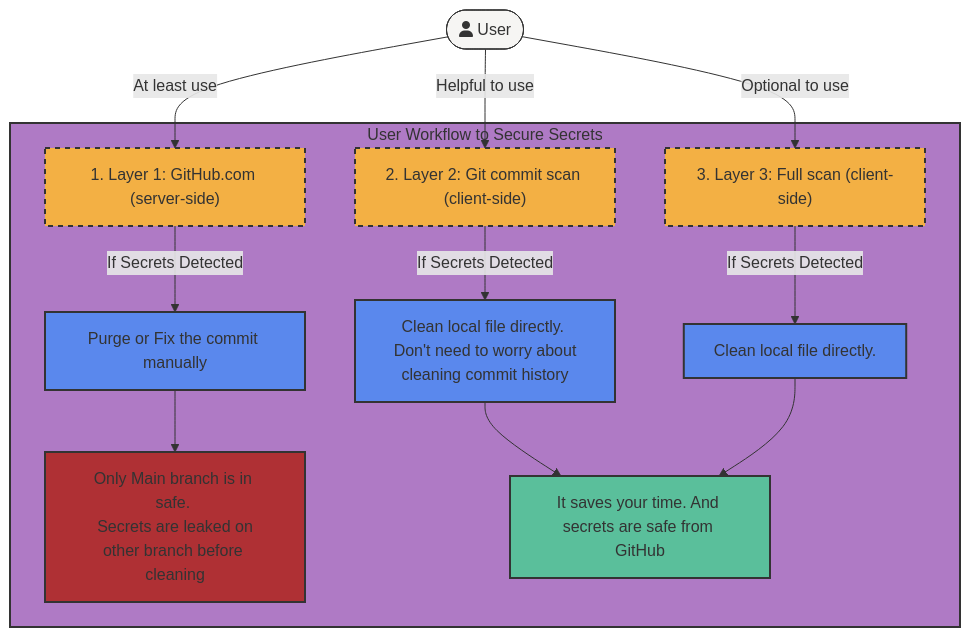
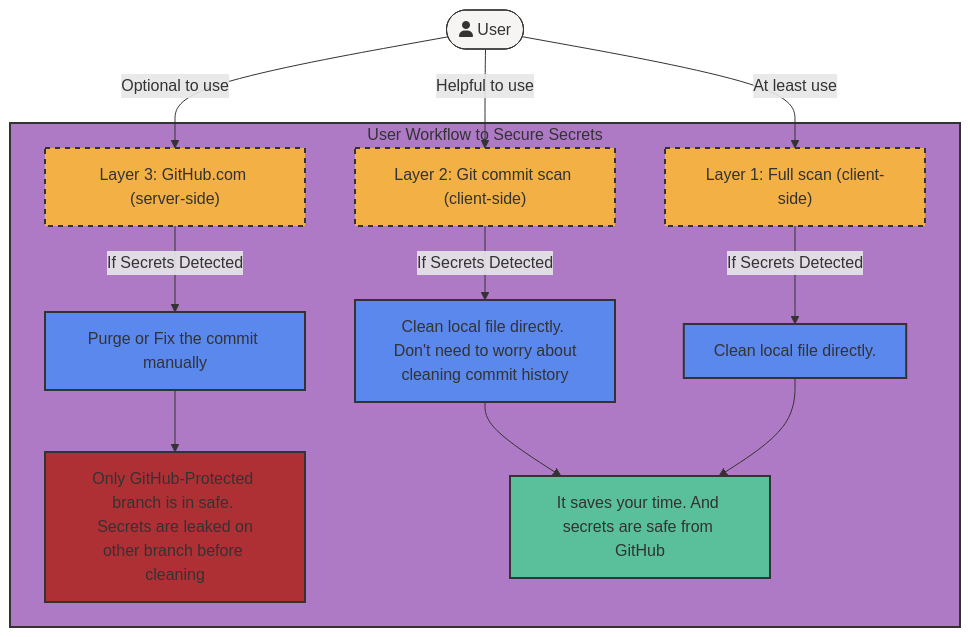
One commit to NASA-AMMOS/slim changed the second of 6 diagrams in continuous-testing/starter-kits/README.md. Above: the diagram before and after it, drawn with Mermaid. The commit also changed other lines of this file, not shown here.

Commit message:
Issue #89: Update documentation for detect-secrets

````diff
--- a/continuous-testing/starter-kits/README.md
+++ b/continuous-testing/starter-kits/README.md
@@ -39,36 +39,36 @@
 ```mermaid
 flowchart TB
   User([fa:fa-user User])
 
   subgraph UserWorkflow["User Workflow to Secure Secrets"]
-    Layer1["1. Layer 1: GitHub.com (server-side)"]
-    Layer2["2. Layer 2: Git commit scan (client-side)"]
-    Layer3["3. Layer 3: Full scan (client-side)"]
+    Layer1["Layer 1: Full scan (client-side)"]
+    Layer2["Layer 2: Git commit scan (client-side)"]
+    Layer3["Layer 3: GitHub.com (server-side)"]
 
-    Layer1 -->|If Secrets Detected| Clean1[Purge or Fix the commit manually]
+    Layer1 -->|If Secrets Detected| Clean3[Clean local file directly.]
     Layer2 -->|If Secrets Detected| Clean2[Clean local file directly. <br> Don't need to worry about cleaning commit history]
-    Layer3 -->|If Secrets Detected| Clean3[Clean local file directly.]
+    Layer3 -->|If Secrets Detected| Clean1[Purge or Fix the commit manually]
 
-    Secure["Only Main branch is in safe. <br> Secrets are leaked on other branch before cleaning"]
+    Secure["Only GitHub-Protected branch is in safe. <br> Secrets are leaked on other branch before cleaning"]
     Clean1 --> Secure
     
     SaveTime["It saves your time. And secrets are safe from GitHub"]
     Clean2 --> SaveTime
     Clean3 --> SaveTime
   end
 
   User -->|At least use| Layer1
   User -->|Helpful to use| Layer2
   User -->|Optional to use| Layer3
 
   style User fill:#F6F5F3,stroke:#333,stroke-width:1px
   style UserWorkflow fill:#AF7AC5,stroke:#333,stroke-width:2px
   style Layer1 fill:#F3B044,stroke:#333,stroke-width:2px,stroke-dasharray: 5 5
   style Layer2 fill:#F3B044,stroke:#333,stroke-width:2px,stroke-dasharray: 5 5
   style Layer3 fill:#F3B044,stroke:#333,stroke-width:2px,stroke-dasharray: 5 5
   style Clean1 fill:#5A88ED,stroke:#333,stroke-width:2px
   style Clean2 fill:#5A88ED,stroke:#333,stroke-width:2px
   style Clean3 fill:#5A88ED,stroke:#333,stroke-width:2px
   style SaveTime fill:#5ABF9B,stroke:#333,stroke-width:2px
   style Secure fill:#AF3034,stroke:#333,stroke-width:2px
 ```
````
